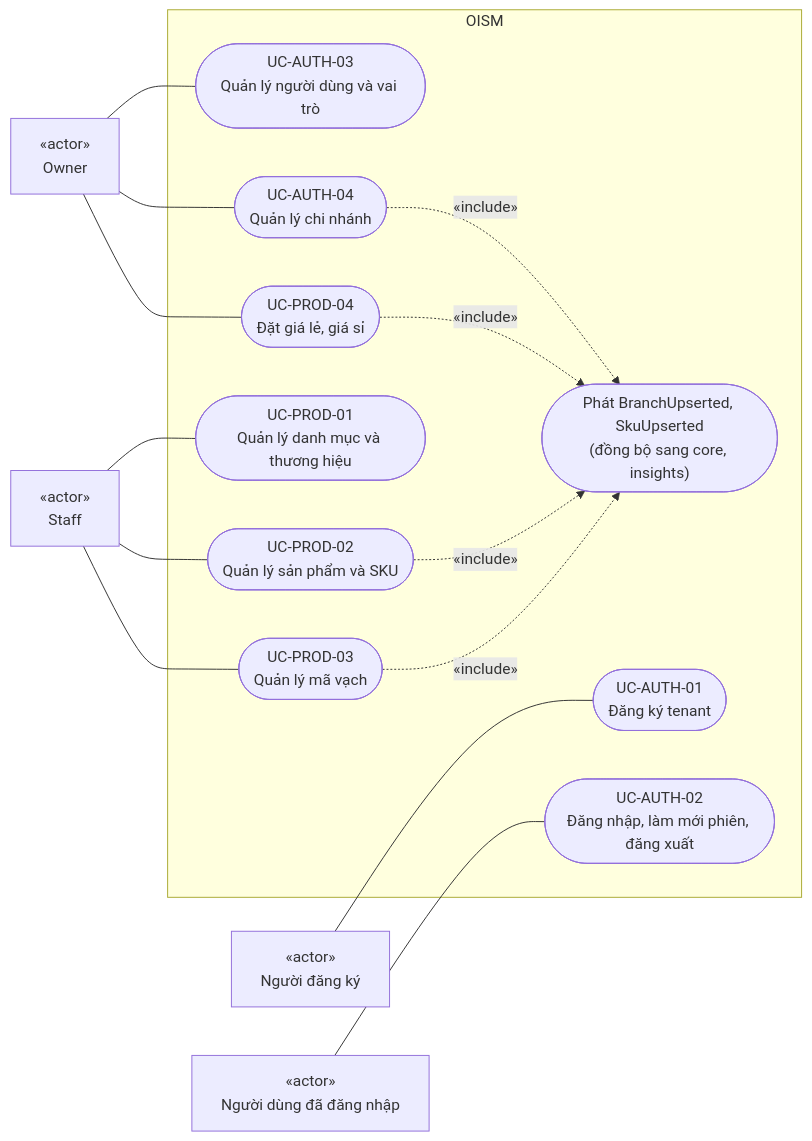
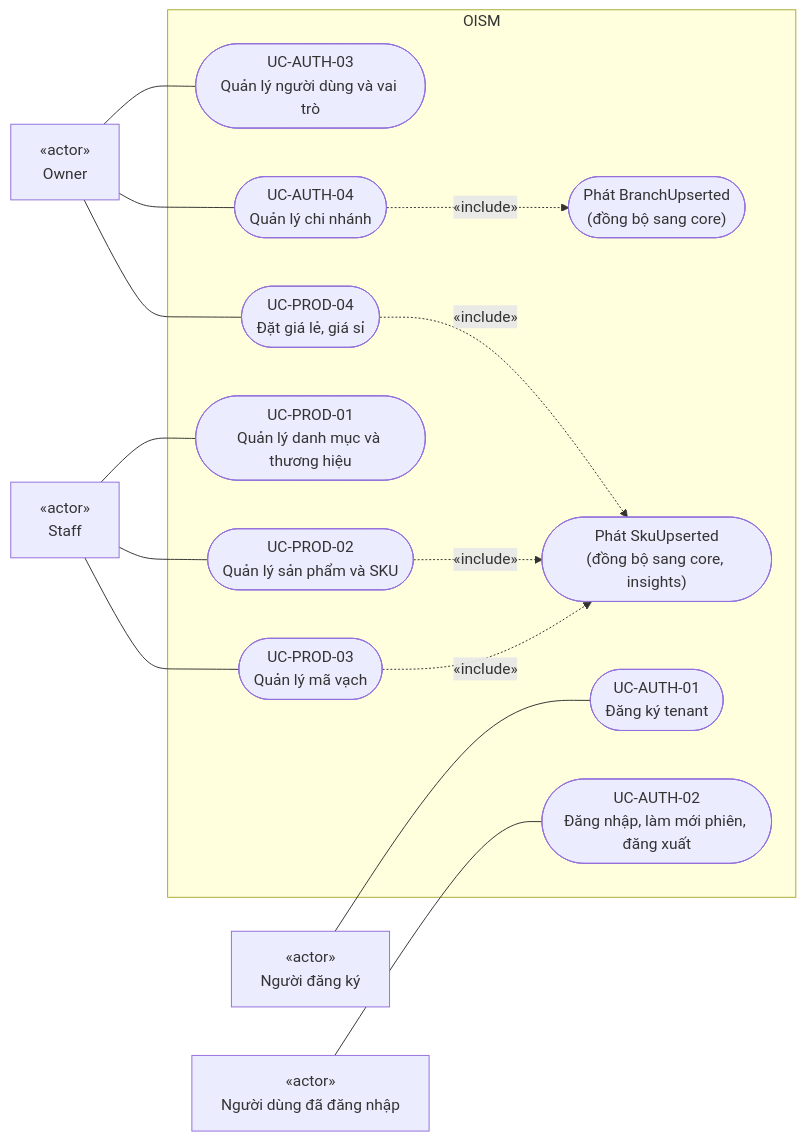
One commit to kapfm789/XDPMOOP changed the fifth of 12 diagrams in docs/requirements/srs.md. Above: the diagram before and after it, drawn with Mermaid. The commit also changed other lines of this file, not shown here.

````diff
--- a/docs/requirements/srs.md
+++ b/docs/requirements/srs.md
@@ -380,32 +380,33 @@
 ```mermaid
 flowchart LR
   guest["«actor»<br/>Người đăng ký"]
   user["«actor»<br/>Người dùng đã đăng nhập"]
   owner["«actor»<br/>Owner"]
   staff["«actor»<br/>Staff"]
 
   subgraph OISM
     a1(["UC-AUTH-01<br/>Đăng ký tenant"])
     a2(["UC-AUTH-02<br/>Đăng nhập, làm mới phiên, đăng xuất"])
     a3(["UC-AUTH-03<br/>Quản lý người dùng và vai trò"])
     a4(["UC-AUTH-04<br/>Quản lý chi nhánh"])
     p1(["UC-PROD-01<br/>Quản lý danh mục và thương hiệu"])
     p2(["UC-PROD-02<br/>Quản lý sản phẩm và SKU"])
     p3(["UC-PROD-03<br/>Quản lý mã vạch"])
     p4(["UC-PROD-04<br/>Đặt giá lẻ, giá sỉ"])
-    ev(["Phát BranchUpserted, SkuUpserted<br/>(đồng bộ sang core, insights)"])
+    evb(["Phát BranchUpserted<br/>(đồng bộ sang core)"])
+    evs(["Phát SkuUpserted<br/>(đồng bộ sang core, insights)"])
   end
 
   guest --- a1
   user --- a2
   owner --- a3
   owner --- a4
   owner --- p4
   staff --- p1
   staff --- p2
   staff --- p3
-  a4 -. «include» .-> ev
-  p2 -. «include» .-> ev
-  p3 -. «include» .-> ev
-  p4 -. «include» .-> ev
+  a4 -. «include» .-> evb
+  p2 -. «include» .-> evs
+  p3 -. «include» .-> evs
+  p4 -. «include» .-> evs
 ```
````
